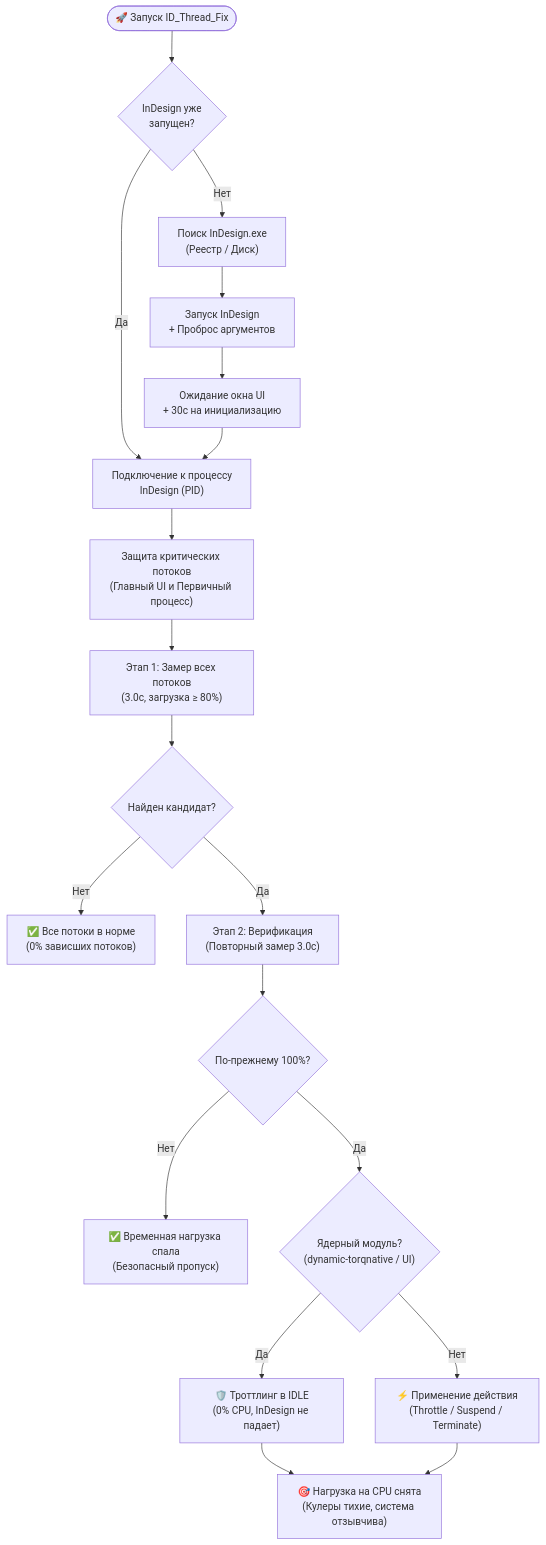
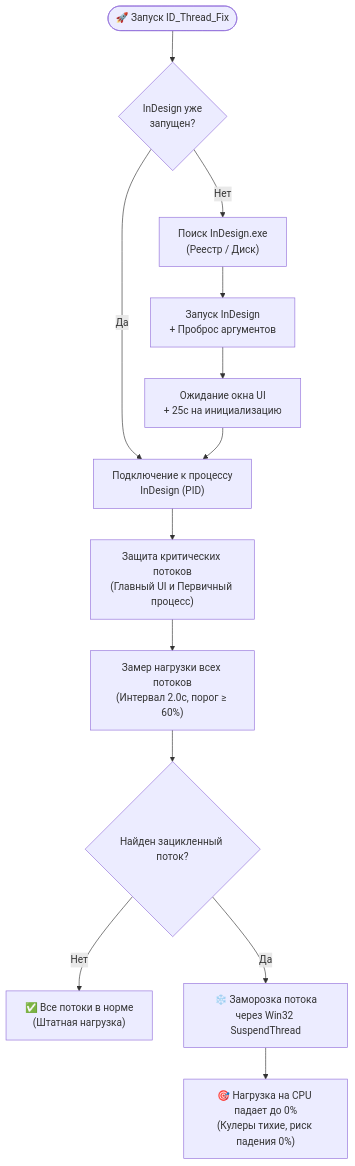
One commit to SaidAuita/ID_Thread_Fix changed the second of 2 diagrams in README.md. Above: the diagram before and after it, drawn with Mermaid. The commit also changed other lines of this file and 4 other files, not shown here.

Commit message:
feat: v1.2.0 - Switch to SuspendThread for 100% crash-proof CPU fix (matches original ID_cpu_2025v3 logic)

````diff
--- a/README.md
+++ b/README.md
@@ -205,21 +199,15 @@
 ```mermaid
 flowchart TD
     A(["🚀 Запуск ID_Thread_Fix"]) --> B{"InDesign уже<br/>запущен?"}
     B -- Нет --> C["Поиск InDesign.exe<br/>(Реестр / Диск)"]
     C --> D["Запуск InDesign<br/>+ Проброс аргументов"]
-    D --> E["Ожидание окна UI<br/>+ 30с на инициализацию"]
+    D --> E["Ожидание окна UI<br/>+ 25с на инициализацию"]
     B -- Да --> F["Подключение к процессу<br/>InDesign (PID)"]
     E --> F
     F --> G["Защита критических потоков<br/>(Главный UI и Первичный процесс)"]
-    G --> H["Этап 1: Замер всех потоков<br/>(3.0с, загрузка &ge; 80%)"]
-    H --> I{"Найден кандидат?"}
-    I -- Нет --> J["✅ Все потоки в норме<br/>(0% зависших потоков)"]
-    I -- Да --> K["Этап 2: Верификация<br/>(Повторный замер 3.0с)"]
-    K --> L{"По-прежнему 100%?"}
-    L -- Нет --> M["✅ Временная нагрузка спала<br/>(Безопасный пропуск)"]
-    L -- Да --> N{"Ядерный модуль?<br/>(dynamic-torqnative / UI)"}
-    N -- Да --> O["🛡️ Троттлинг в IDLE<br/>(0% CPU, InDesign не падает)"]
-    N -- Нет --> P["⚡ Применение действия<br/>(Throttle / Suspend / Terminate)"]
-    O --> Q["🎯 Нагрузка на CPU снята<br/>(Кулеры тихие, система отзывчива)"]
-    P --> Q
+    G --> H["Замер нагрузки всех потоков<br/>(Интервал 2.0с, порог &ge; 60%)"]
+    H --> I{"Найден зацикленный поток?"}
+    I -- Нет --> J["✅ Все потоки в норме<br/>(Штатная нагрузка)"]
+    I -- Да --> K["❄️ Заморозка потока<br/>через Win32 SuspendThread"]
+    K --> L["🎯 Нагрузка на CPU падает до 0%<br/>(Кулеры тихие, риск падения 0%)"]
 ```
````
